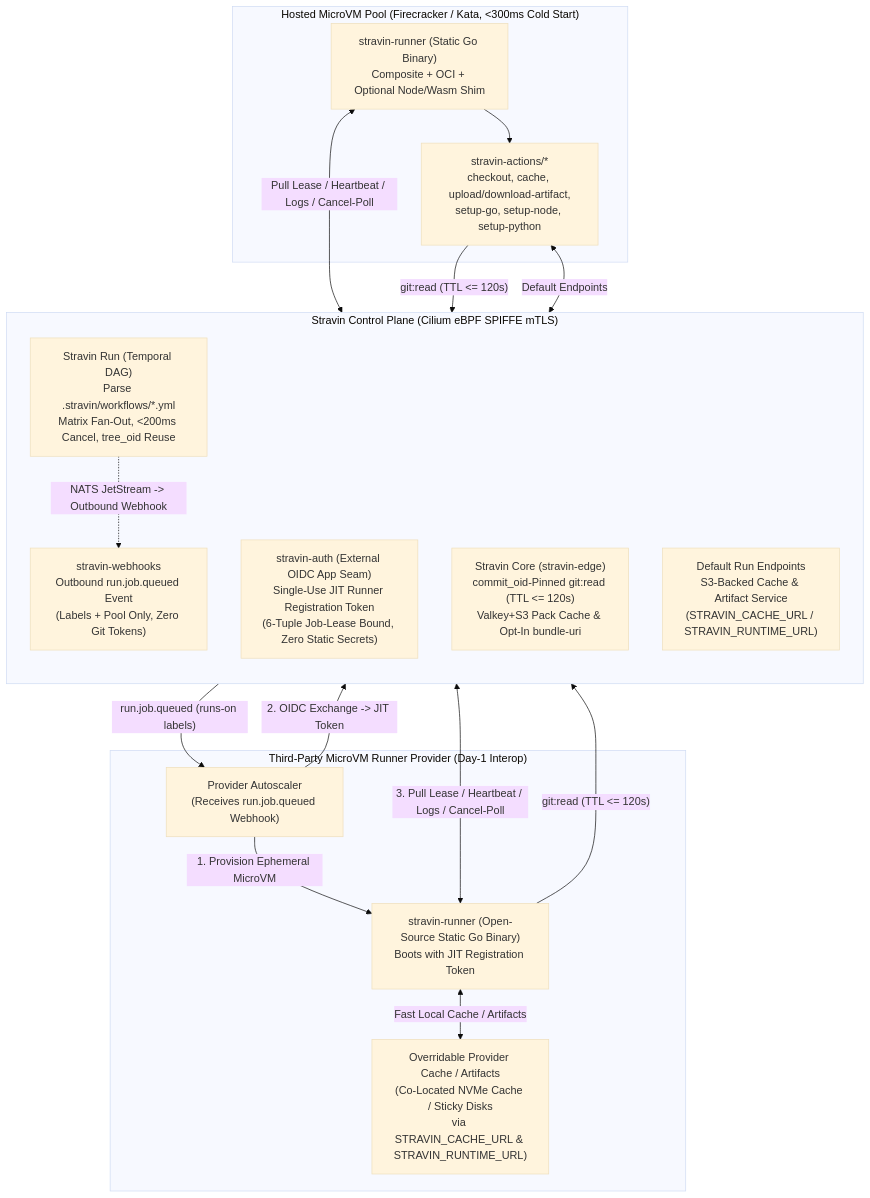
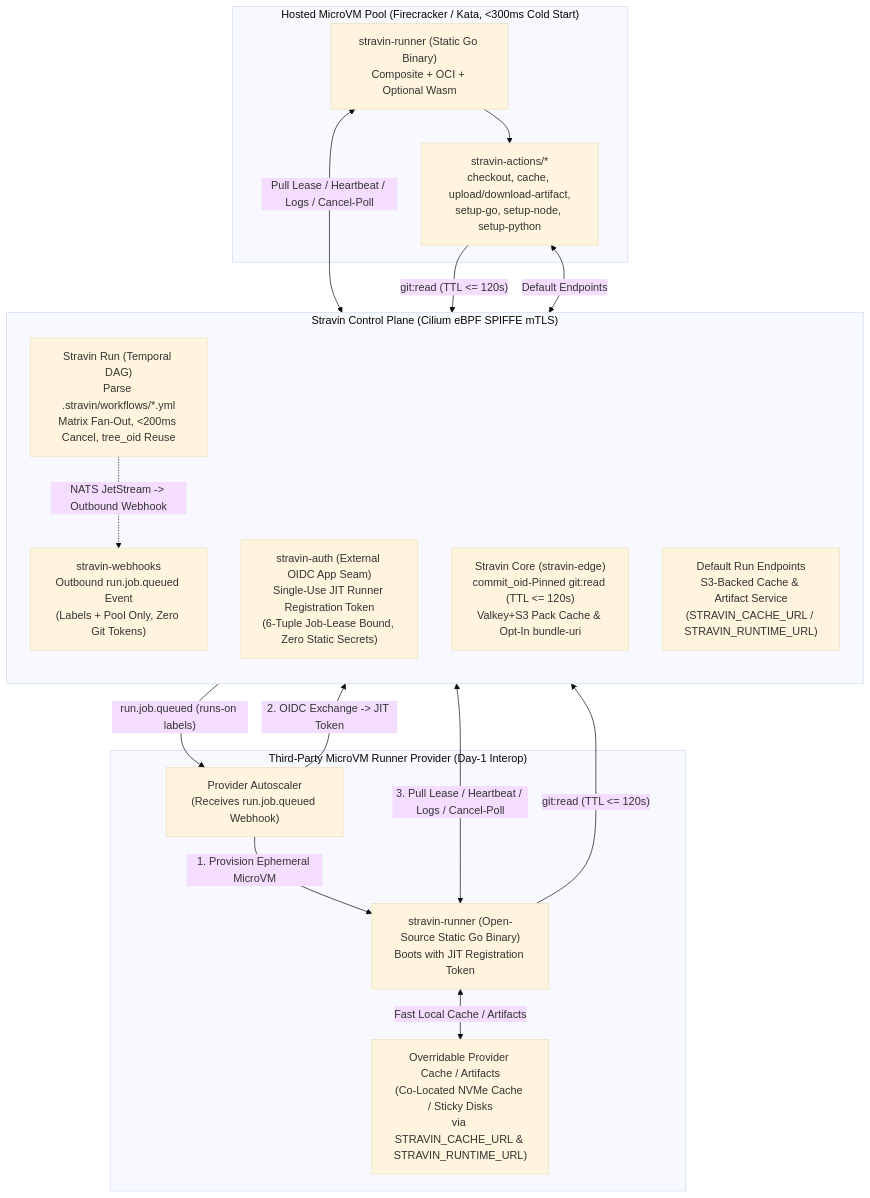
One commit to stravin-dev/architecture changed the diagram in docs/adr/0005-workflow-execution-and-runner-runtime.md. Above: the diagram before and after it, drawn with Mermaid (base theme). The commit also changed other lines of this file and 1 other file, not shown here.

Commit message:
docs(adr): drop using: node from ADR-0005 action runtimes

````diff
--- a/docs/adr/0005-workflow-execution-and-runner-runtime.md
+++ b/docs/adr/0005-workflow-execution-and-runner-runtime.md
@@ -26,36 +26,36 @@
 ```mermaid
 flowchart TB
     subgraph ControlPlane["Stravin Control Plane (Cilium eBPF SPIFFE mTLS)"]
         direction TB
         Temporal["Stravin Run (Temporal DAG)\nParse .stravin/workflows/*.yml\nMatrix Fan-Out, <200ms Cancel, tree_oid Reuse"]
         Auth["stravin-auth (External OIDC App Seam)\nSingle-Use JIT Runner Registration Token\n(6-Tuple Job-Lease Bound, Zero Static Secrets)"]
         Core["Stravin Core (stravin-edge)\ncommit_oid-Pinned git:read (TTL <= 120s)\nValkey+S3 Pack Cache & Opt-In bundle-uri"]
         Webhooks["stravin-webhooks\nOutbound run.job.queued Event\n(Labels + Pool Only, Zero Git Tokens)"]
         ProdStorage["Default Run Endpoints\nS3-Backed Cache & Artifact Service\n(STRAVIN_CACHE_URL / STRAVIN_RUNTIME_URL)"]
     end
 
     subgraph HostedPool["Hosted MicroVM Pool (Firecracker / Kata, <300ms Cold Start)"]
-        HostedRunner["stravin-runner (Static Go Binary)\nComposite + OCI + Optional Node/Wasm Shim"]
+        HostedRunner["stravin-runner (Static Go Binary)\nComposite + OCI + Optional Wasm"]
         HostedActions["stravin-actions/*\ncheckout, cache, upload/download-artifact,\nsetup-go, setup-node, setup-python"]
         HostedRunner --> HostedActions
     end
 
     subgraph ThirdPartyPool["Third-Party MicroVM Runner Provider (Day-1 Interop)"]
         Provisioner["Provider Autoscaler\n(Receives run.job.queued Webhook)"]
         ThirdRunner["stravin-runner (Open-Source Static Go Binary)\nBoots with JIT Registration Token"]
         LocalNVMe["Overridable Provider Cache / Artifacts\n(Co-Located NVMe Cache / Sticky Disks\nvia STRAVIN_CACHE_URL & STRAVIN_RUNTIME_URL)"]
         Provisioner -->|"1. Provision Ephemeral MicroVM"| ThirdRunner
         ThirdRunner <-->|"Fast Local Cache / Artifacts"| LocalNVMe
     end
 
     Temporal -.->|"NATS JetStream -> Outbound Webhook"| Webhooks
     Webhooks -->|"run.job.queued (runs-on labels)"| Provisioner
     Provisioner -->|"2. OIDC Exchange -> JIT Token"| Auth
 
     HostedRunner <-->|"Pull Lease / Heartbeat / Logs / Cancel-Poll"| Temporal
     ThirdRunner <-->|"3. Pull Lease / Heartbeat / Logs / Cancel-Poll"| Temporal
 
     HostedActions -->|"git:read (TTL <= 120s)"| Core
     ThirdRunner -->|"git:read (TTL <= 120s)"| Core
     HostedActions <-->|"Default Endpoints"| ProdStorage
 ```
````
